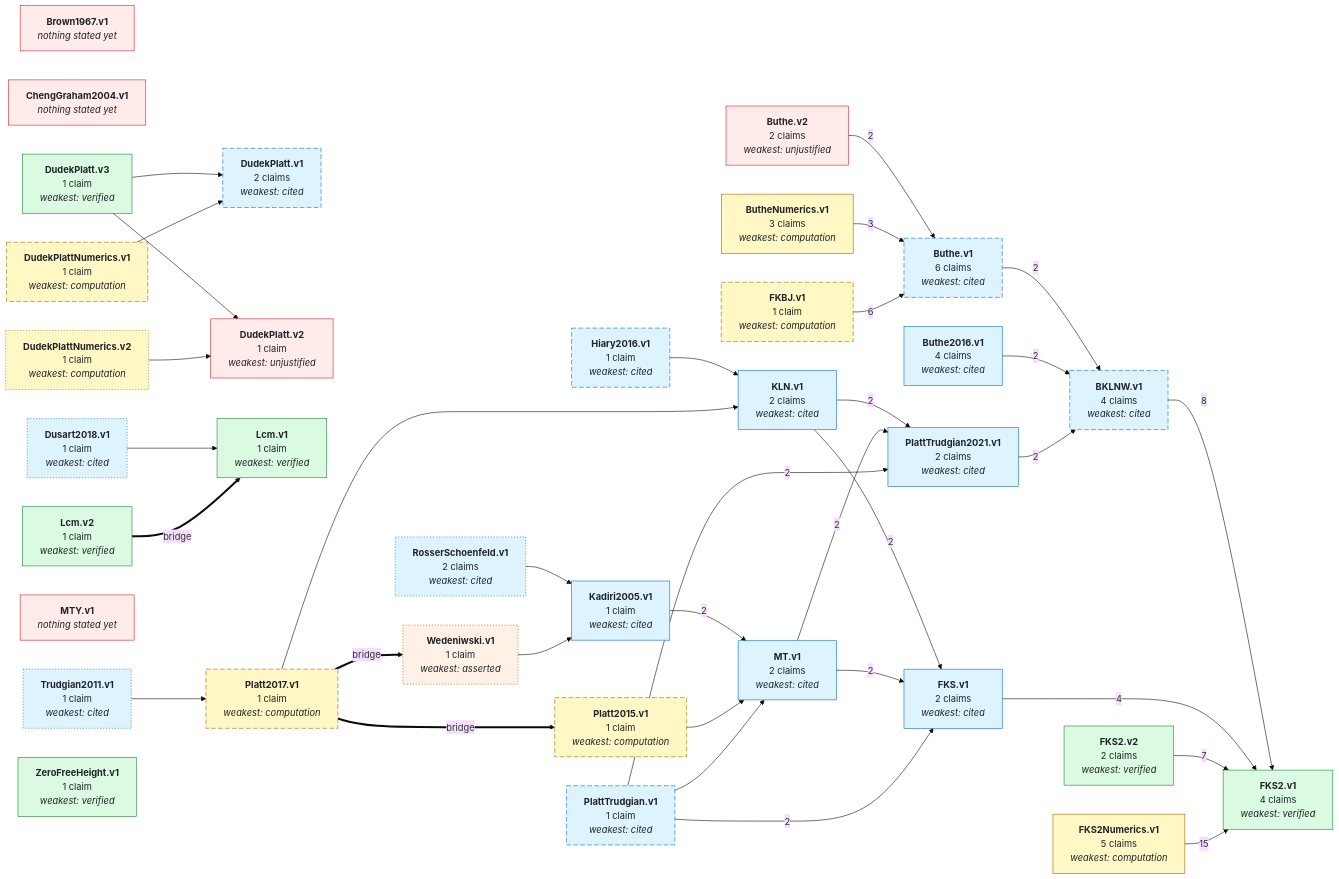
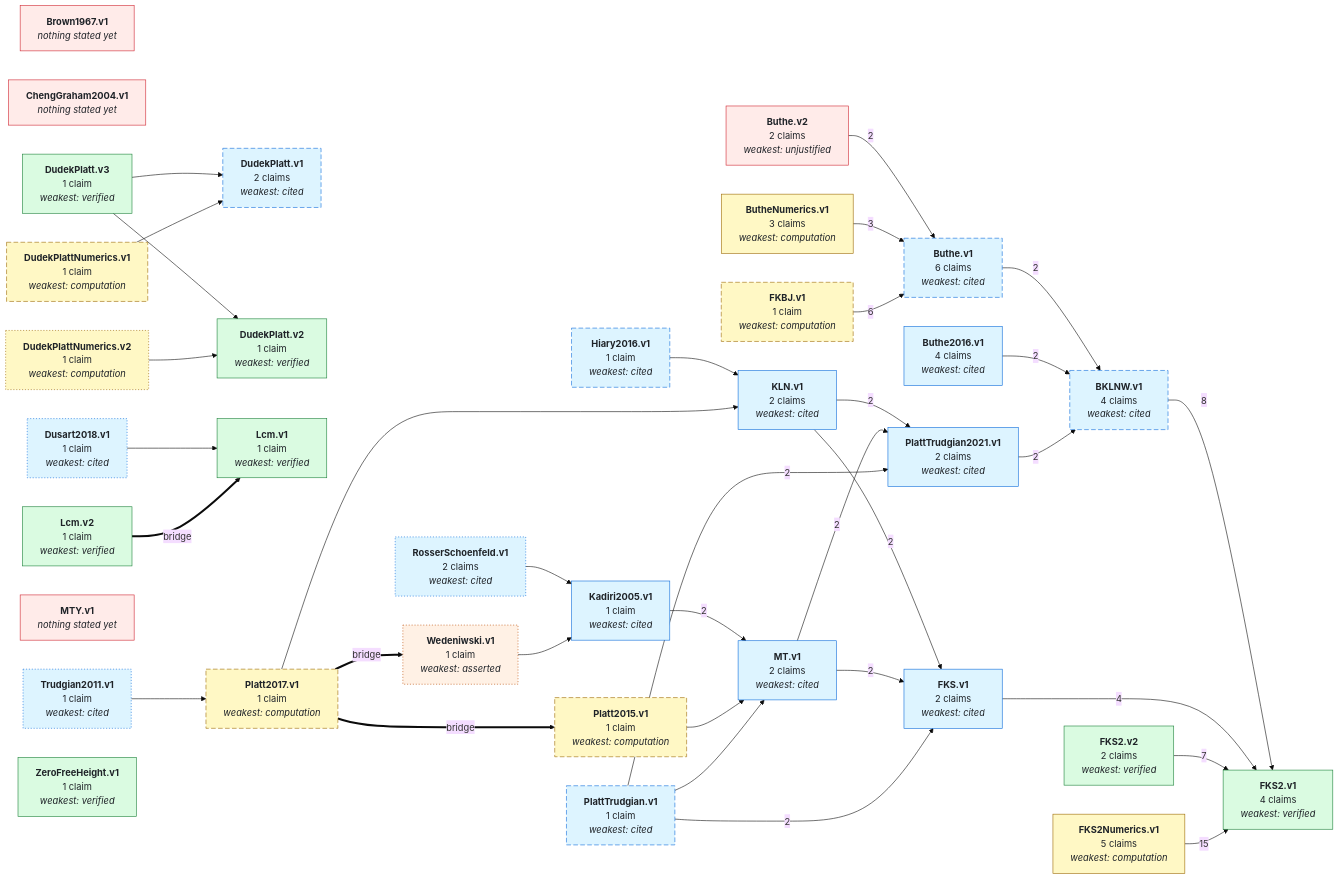
Before and after one commit to teorth/IEANTN: the first of 2 diagrams in GRAPH.md, drawn with Mermaid (base theme). The commit also changed other lines of this file and 5 other files, not shown here.

Commit message:
Record verification receipt for DudekPlatt.v2

```diff
--- a/GRAPH.md
+++ b/GRAPH.md
@@ -60,7 +60,7 @@
   NButheNumerics_v1["<b>ButheNumerics.v1</b><br/>3 claims<br/><i>weakest: computation</i>"]
   NChengGraham2004_v1["<b>ChengGraham2004.v1</b><br/><i>nothing stated yet</i>"]
   NDudekPlatt_v1["<b>DudekPlatt.v1</b><br/>2 claims<br/><i>weakest: cited</i>"]
-  NDudekPlatt_v2["<b>DudekPlatt.v2</b><br/>1 claim<br/><i>weakest: unjustified</i>"]
+  NDudekPlatt_v2["<b>DudekPlatt.v2</b><br/>1 claim<br/><i>weakest: verified</i>"]
   NDudekPlatt_v3["<b>DudekPlatt.v3</b><br/>1 claim<br/><i>weakest: verified</i>"]
   NDudekPlattNumerics_v1["<b>DudekPlattNumerics.v1</b><br/>1 claim<br/><i>weakest: computation</i>"]
   NDudekPlattNumerics_v2["<b>DudekPlattNumerics.v2</b><br/>1 claim<br/><i>weakest: computation</i>"]
@@ -131,11 +131,11 @@
   style NRosserSchoenfeld_v1 stroke-dasharray: 2 3;
   style NTrudgian2011_v1 stroke-dasharray: 2 3;
   style NWedeniwski_v1 stroke-dasharray: 2 3;
-  class NBrown1967_v1,NButhe_v2,NChengGraham2004_v1,NDudekPlatt_v2,NMTY_v1 none_yet;
+  class NBrown1967_v1,NButhe_v2,NChengGraham2004_v1,NMTY_v1 none_yet;
   class NWedeniwski_v1 asserted;
   class NBKLNW_v1,NButhe_v1,NButhe2016_v1,NDudekPlatt_v1,NDusart2018_v1,NFKS_v1,NHiary2016_v1,NKLN_v1,NKadiri2005_v1,NMT_v1,NPlattTrudgian_v1,NPlattTrudgian2021_v1,NRosserSchoenfeld_v1,NTrudgian2011_v1 literature;
   class NButheNumerics_v1,NDudekPlattNumerics_v1,NDudekPlattNumerics_v2,NFKBJ_v1,NFKS2Numerics_v1,NPlatt2015_v1,NPlatt2017_v1 numerical;
-  class NDudekPlatt_v3,NFKS2_v1,NFKS2_v2,NLcm_v1,NLcm_v2,NZeroFreeHeight_v1 lean_comparator;
+  class NDudekPlatt_v2,NDudekPlatt_v3,NFKS2_v1,NFKS2_v2,NLcm_v1,NLcm_v2,NZeroFreeHeight_v1 lean_comparator;
   click NBKLNW_v1 href "https://github.com/teorth/IEANTN/blob/main/docs/nodes/BKLNW-v1.md" _blank
   click NButhe_v1 href "https://github.com/teorth/IEANTN/blob/main/docs/nodes/Buthe-v1.md" _blank
   click NButhe_v2 href "https://github.com/teorth/IEANTN/blob/main/docs/nodes/Buthe-v2.md" _blank
```
